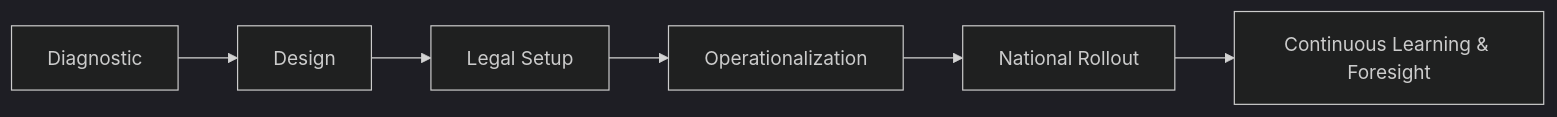
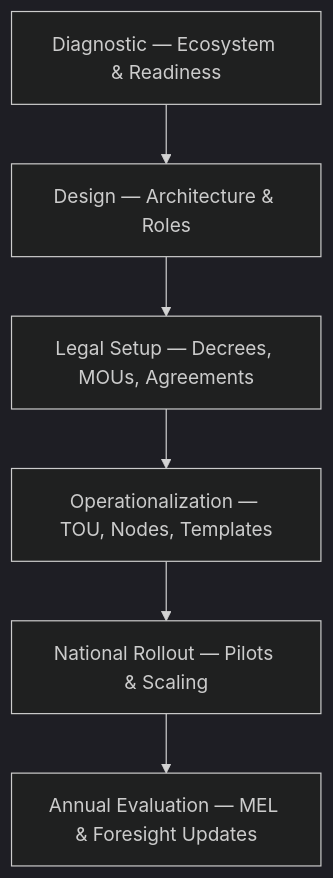
One commit to doulabglobal/vigia-incubanet-framework changed the second of 2 diagrams in vif/00-executive-summary.md. Above: the diagram before and after it, drawn with Mermaid (dark theme). The commit also changed other lines of this file and 24 other files, not shown here.

````diff
--- a/vif/00-executive-summary.md
+++ b/vif/00-executive-summary.md
@@ -162,8 +125,8 @@
 ```mermaid
-flowchart LR
-    A[Diagnostic] --> B[Design]
-    B --> C[Legal Setup]
-    C --> D[Operationalization]
-    D --> E[National Rollout]
-    E --> F[Continuous Learning & Foresight]
+flowchart TD
+    A[Diagnostic — Ecosystem & Readiness] --> B[Design — Architecture & Roles]
+    B --> C[Legal Setup — Decrees, MOUs, Agreements]
+    C --> D[Operationalization — TOU, Nodes, Templates]
+    D --> E[National Rollout — Pilots & Scaling]
+    E --> F[Annual Evaluation — MEL & Foresight Updates]
 ```
````
